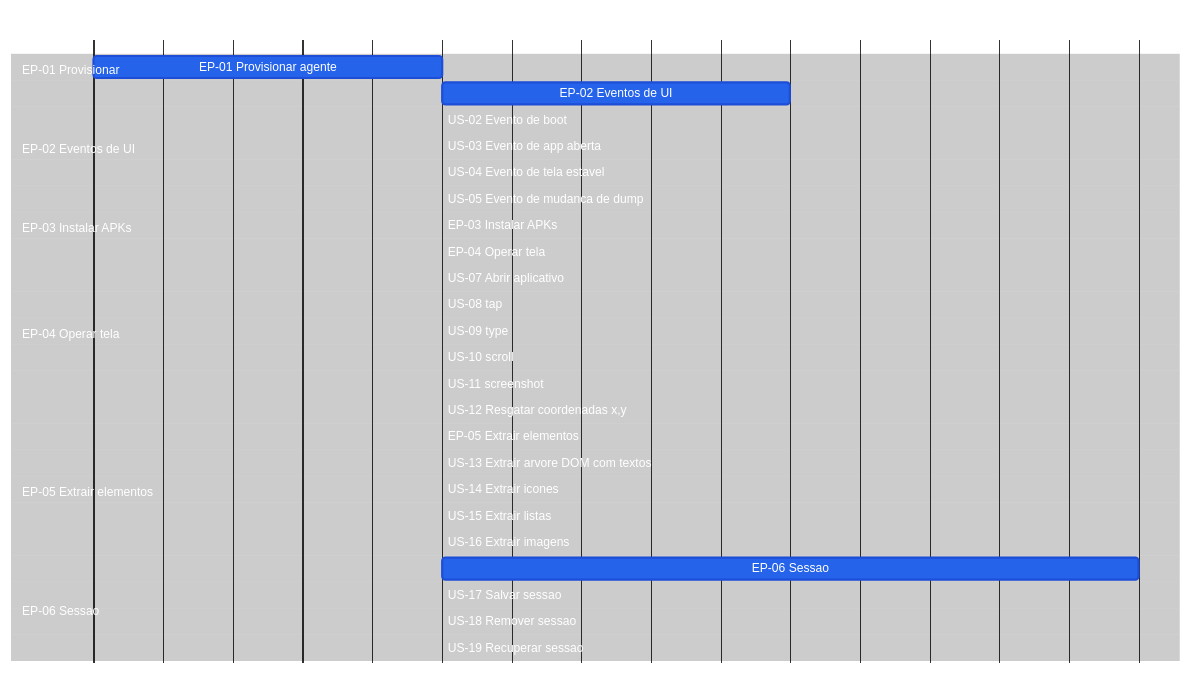
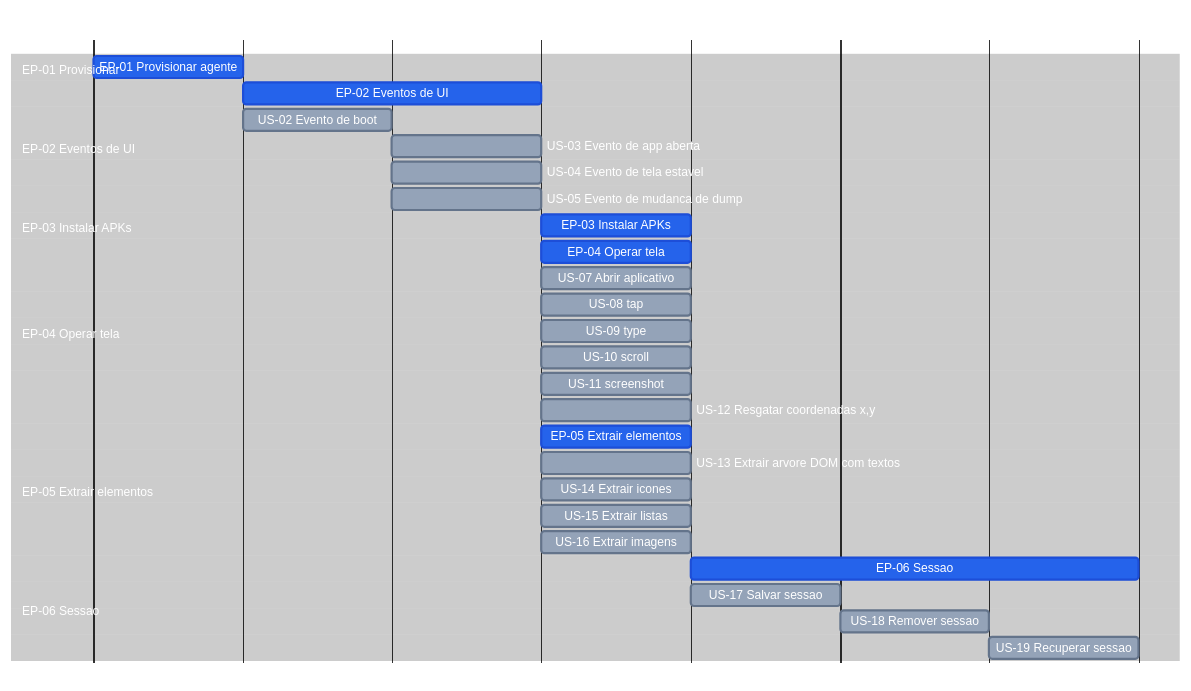
The diagram in connectmax/screen-robot/6.roadmap.md (laerciogermano/workstation), drawn with Mermaid before and after one commit. The commit also changed other lines of this file, not shown here.

Commit message:
Corrige Gantt do roadmap: folhas EP/US visíveis em 15m, no mesmo padrão de tasks.

````diff
--- a/connectmax/screen-robot/6.roadmap.md
+++ b/connectmax/screen-robot/6.roadmap.md
@@ -9,74 +9,74 @@
 ```mermaid
 ---
 config:
   theme: base
   themeVariables:
     darkMode: true
     background: '#000000'
     primaryTextColor: '#ffffff'
     secondaryTextColor: '#ffffff'
     tertiaryTextColor: '#ffffff'
     textColor: '#ffffff'
     lineColor: '#333333'
     mainBkg: '#000000'
     secondaryColor: '#000000'
     tertiaryColor: '#000000'
     sectionBkgColor: '#000000'
     sectionBkgColor2: '#000000'
     altSectionBkgColor: '#000000'
     gridColor: '#222222'
     excludeBkgColor: '#000000'
     todayLineColor: '#444444'
     doneTaskBkgColor: '#2563eb'
     doneTaskBorderColor: '#1d4ed8'
     taskBkgColor: '#94a3b8'
     taskBorderColor: '#64748b'
     taskTextColor: '#ffffff'
     taskTextDarkColor: '#ffffff'
     taskTextLightColor: '#ffffff'
     taskTextOutsideColor: '#ffffff'
     critBkgColor: '#2563eb'
     critBorderColor: '#1d4ed8'
     activeTaskBkgColor: '#94a3b8'
     activeTaskBorderColor: '#64748b'
 ---
 gantt
   title screen-robot EP / US
   dateFormat X
   axisFormat %s
 
   section EP-01 Provisionar
-  EP-01 Provisionar agente              :done, ep01, 0, 1
+  EP-01 Provisionar agente              :done, ep01, 0, 15m
 
   section EP-02 Eventos de UI
-  EP-02 Eventos de UI                   :done, ep02, after ep01, 2
-  US-02 Evento de boot                  :us02, after ep01, 1
-  US-03 Evento de app aberta            :us03, after us02, 1
-  US-04 Evento de tela estavel          :us04, after us02, 1
-  US-05 Evento de mudanca de dump       :us05, after us02, 1
+  EP-02 Eventos de UI                   :done, ep02, after ep01, 30m
+  US-02 Evento de boot                  :us02, after ep01, 15m
+  US-03 Evento de app aberta            :us03, after us02, 15m
+  US-04 Evento de tela estavel          :us04, after us02, 15m
+  US-05 Evento de mudanca de dump       :us05, after us02, 15m
 
   section EP-03 Instalar APKs
-  EP-03 Instalar APKs                   :done, ep03, after us05, 1
+  EP-03 Instalar APKs                   :done, ep03, after us05, 15m
 
   section EP-04 Operar tela
-  EP-04 Operar tela                     :done, ep04, after us05, 1
-  US-07 Abrir aplicativo                :us07, after us05, 1
-  US-08 tap                             :us08, after us05, 1
-  US-09 type                            :us09, after us05, 1
-  US-10 scroll                          :us10, after us05, 1
-  US-11 screenshot                      :us11, after us05, 1
-  US-12 Resgatar coordenadas x,y        :us12, after us05, 1
+  EP-04 Operar tela                     :done, ep04, after us05, 15m
+  US-07 Abrir aplicativo                :us07, after us05, 15m
+  US-08 tap                             :us08, after us05, 15m
+  US-09 type                            :us09, after us05, 15m
+  US-10 scroll                          :us10, after us05, 15m
+  US-11 screenshot                      :us11, after us05, 15m
+  US-12 Resgatar coordenadas x,y        :us12, after us05, 15m
 
   section EP-05 Extrair elementos
-  EP-05 Extrair elementos               :done, ep05, after us05, 1
-  US-13 Extrair arvore DOM com textos   :us13, after us05, 1
-  US-14 Extrair icones                  :us14, after us05, 1
-  US-15 Extrair listas                  :us15, after us05, 1
-  US-16 Extrair imagens                 :us16, after us05, 1
+  EP-05 Extrair elementos               :done, ep05, after us05, 15m
+  US-13 Extrair arvore DOM com textos   :us13, after us05, 15m
+  US-14 Extrair icones                  :us14, after us05, 15m
+  US-15 Extrair listas                  :us15, after us05, 15m
+  US-16 Extrair imagens                 :us16, after us05, 15m
 
   section EP-06 Sessao
-  EP-06 Sessao                          :done, ep06, after ep05, 3
-  US-17 Salvar sessao                   :us17, after ep05, 1
-  US-18 Remover sessao                  :us18, after us17, 1
-  US-19 Recuperar sessao                :us19, after us18, 1
+  EP-06 Sessao                          :done, ep06, after ep05, 45m
+  US-17 Salvar sessao                   :us17, after ep05, 15m
+  US-18 Remover sessao                  :us18, after us17, 15m
+  US-19 Recuperar sessao                :us19, after us18, 15m
 ```
````
